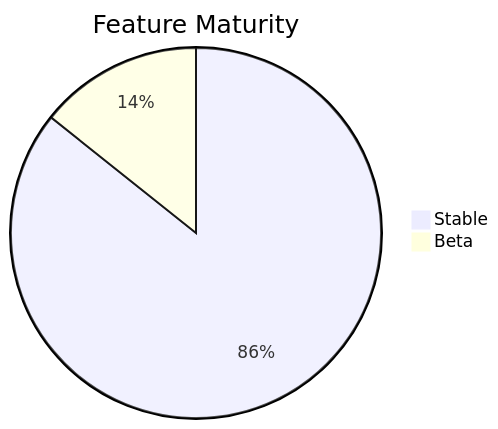
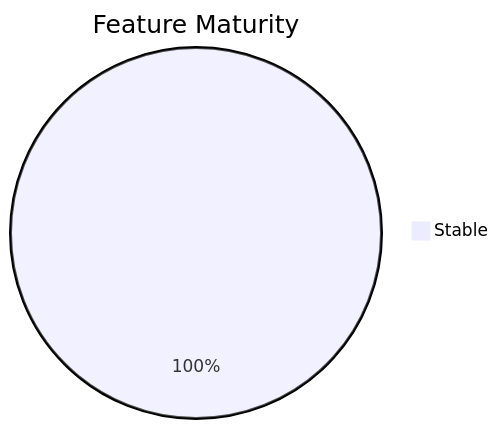
The first of 2 diagrams in ROADMAP.md (alienxs2/zapomni), drawn with Mermaid before and after one commit. The commit also changed other lines of this file and 1 other file, not shown here.

````diff
--- a/ROADMAP.md
+++ b/ROADMAP.md
@@ -21,5 +23,4 @@
 ```mermaid
 pie title Feature Maturity
-    "Stable" : 6
-    "Beta" : 1
+    "Stable" : 8
 ```
````
